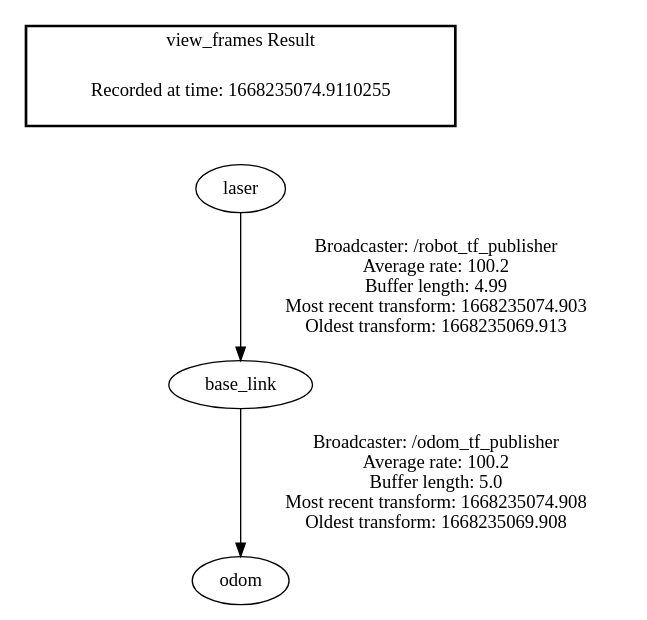
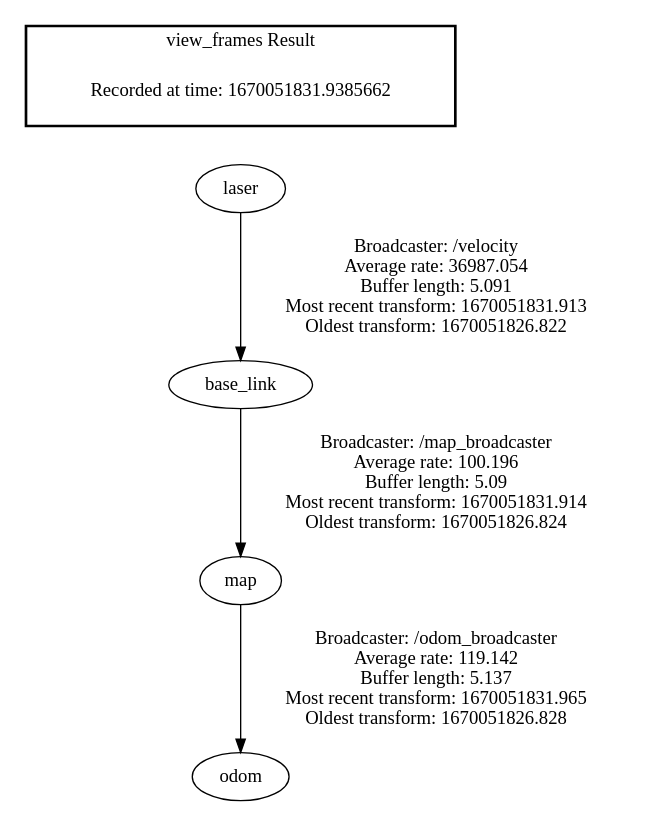
The diagram in frames.gv (Piyush-M01/DIY_ROBOT), drawn with Graphviz before and after one commit. The commit also changed 50 other files, not shown here.

```diff
--- a/frames.gv
+++ b/frames.gv
@@ -1,8 +1,9 @@
 digraph G {
-"base_link" -> "odom"[label=" Broadcaster: /odom_tf_publisher\nAverage rate: 100.2\nBuffer length: 5.0\nMost recent transform: 1668235074.908\nOldest transform: 1668235069.908\n"];
-"laser" -> "base_link"[label=" Broadcaster: /robot_tf_publisher\nAverage rate: 100.2\nBuffer length: 4.99\nMost recent transform: 1668235074.903\nOldest transform: 1668235069.913\n"];
+"laser" -> "base_link"[label=" Broadcaster: /velocity\nAverage rate: 36987.054\nBuffer length: 5.091\nMost recent transform: 1670051831.913\nOldest transform: 1670051826.822\n"];
+"map" -> "odom"[label=" Broadcaster: /odom_broadcaster\nAverage rate: 119.142\nBuffer length: 5.137\nMost recent transform: 1670051831.965\nOldest transform: 1670051826.828\n"];
+"base_link" -> "map"[label=" Broadcaster: /map_broadcaster\nAverage rate: 100.196\nBuffer length: 5.09\nMost recent transform: 1670051831.914\nOldest transform: 1670051826.824\n"];
 edge [style=invis];
  subgraph cluster_legend { style=bold; color=black; label ="view_frames Result";
-"Recorded at time: 1668235074.9110255"[ shape=plaintext ] ;
+"Recorded at time: 1670051831.9385662"[ shape=plaintext ] ;
 }->"laser";
 }
```
